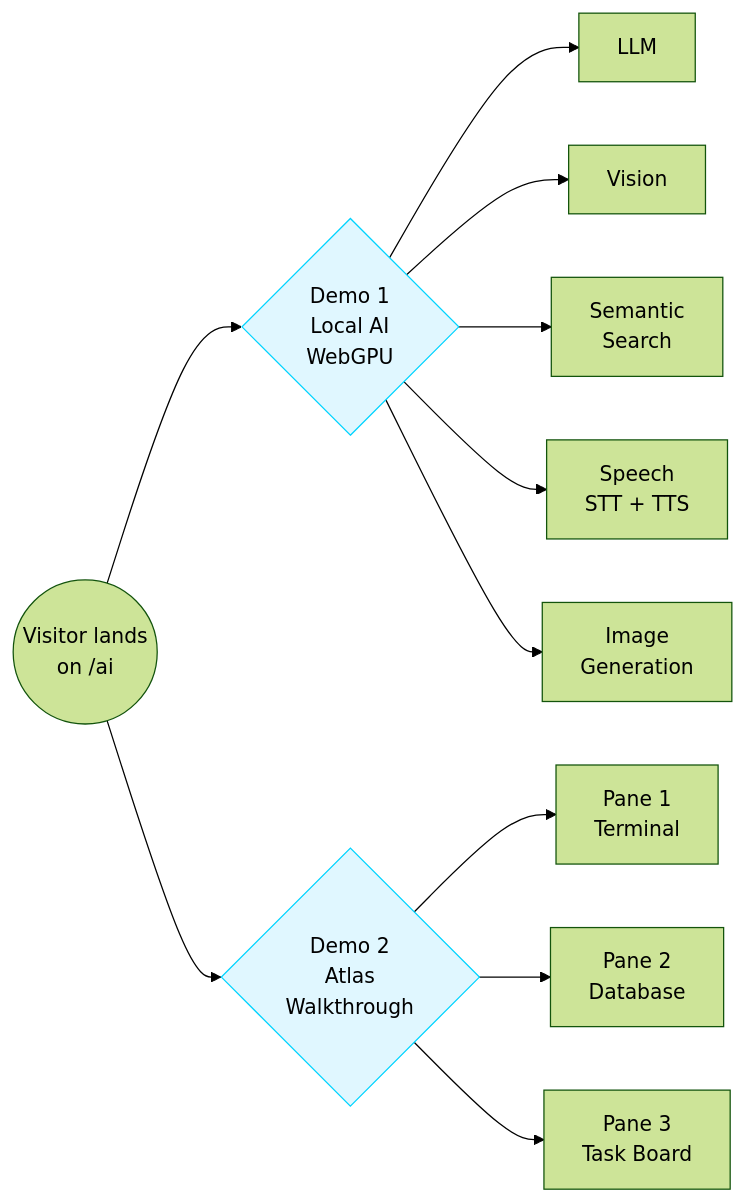
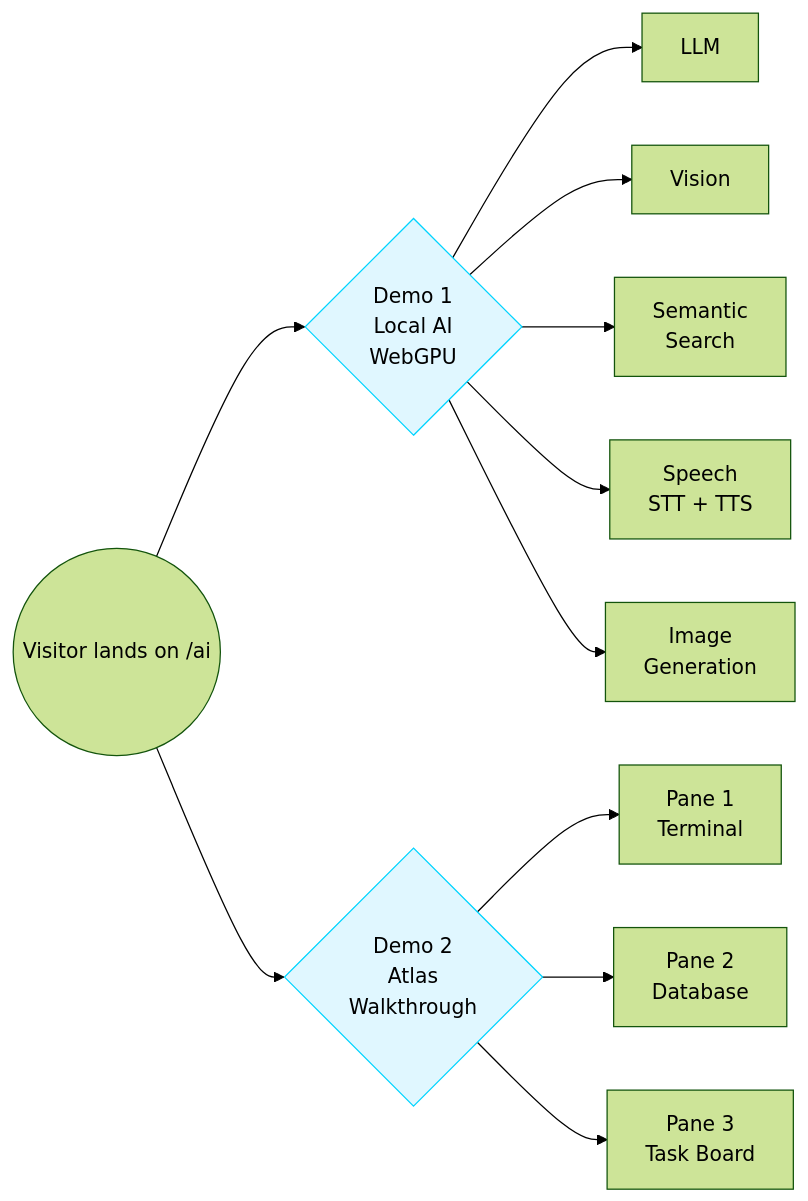
Before and after one commit to belonsavon-sys/portfolio: the second of 3 diagrams in context/project-scope.md, drawn with Mermaid (forest theme). The commit also changed other lines of this file and 4 other files, not shown here.

First line of the commit message:
fix: repair all 11 mermaid diagrams for GitHub rendering

````diff
--- a/context/project-scope.md
+++ b/context/project-scope.md
@@ -127,22 +127,22 @@
 ```mermaid
 flowchart LR
-    Visitor((Visitor lands<br/>on /ai))
-    Demo1{Demo 1<br/>Local AI<br/>WebGPU}
-    Demo2{Demo 2<br/>Atlas<br/>Walkthrough}
+    Visitor(("Visitor lands on /ai"))
+    Demo1{"Demo 1<br/>Local AI<br/>WebGPU"}
+    Demo2{"Demo 2<br/>Atlas<br/>Walkthrough"}
 
     Visitor --> Demo1
     Visitor --> Demo2
 
     Demo1 --> T1[LLM]
     Demo1 --> T2[Vision]
-    Demo1 --> T3[Semantic<br/>Search]
-    Demo1 --> T4[Speech<br/>STT + TTS]
-    Demo1 --> T5[Image<br/>Generation]
+    Demo1 --> T3["Semantic<br/>Search"]
+    Demo1 --> T4["Speech<br/>STT + TTS"]
+    Demo1 --> T5["Image<br/>Generation"]
 
-    Demo2 --> P1[Pane 1<br/>Terminal]
-    Demo2 --> P2[Pane 2<br/>Database]
-    Demo2 --> P3[Pane 3<br/>Task Board]
+    Demo2 --> P1["Pane 1<br/>Terminal"]
+    Demo2 --> P2["Pane 2<br/>Database"]
+    Demo2 --> P3["Pane 3<br/>Task Board"]
 
     style Demo1 fill:#e0f7ff,stroke:#00d4ff
     style Demo2 fill:#e0f7ff,stroke:#00d4ff
 ```
````
